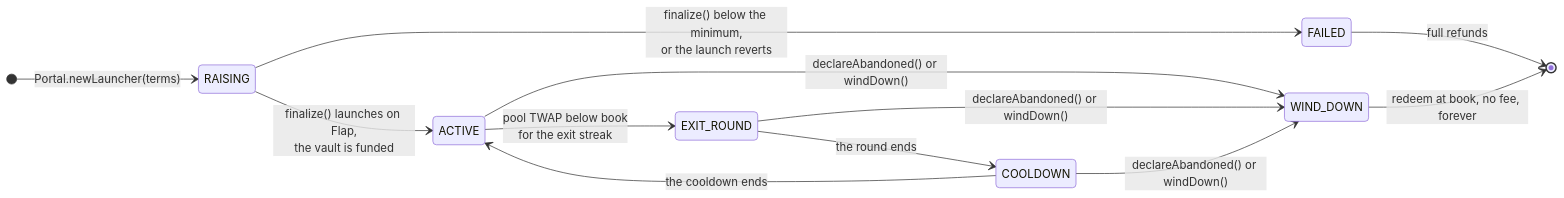
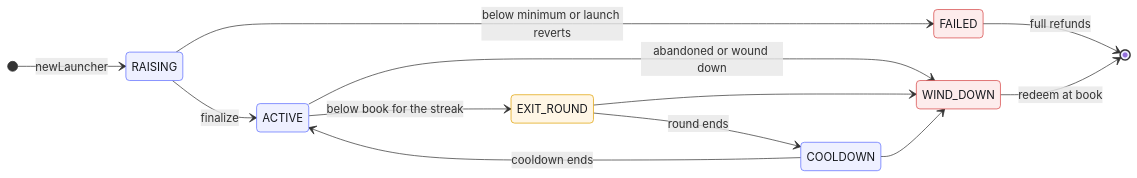
The first of 4 diagrams in README.md (Adityaakr/Covenent), drawn with Mermaid before and after one commit. The commit also changed other lines of this file and 15 other files, not shown here.

````diff
--- a/README.md
+++ b/README.md
@@ -56,15 +116,22 @@
 ```mermaid
 stateDiagram-v2
     direction LR
-    [*] --> RAISING: Portal.newLauncher(terms)
-    RAISING --> FAILED: finalize() below the minimum,<br/>or the launch reverts
-    RAISING --> ACTIVE: finalize() launches on Flap,<br/>the vault is funded
-    ACTIVE --> EXIT_ROUND: pool TWAP below book<br/>for the exit streak
-    EXIT_ROUND --> COOLDOWN: the round ends
-    COOLDOWN --> ACTIVE: the cooldown ends
-    ACTIVE --> WIND_DOWN: declareAbandoned() or windDown()
-    EXIT_ROUND --> WIND_DOWN: declareAbandoned() or windDown()
-    COOLDOWN --> WIND_DOWN: declareAbandoned() or windDown()
+    [*] --> RAISING: newLauncher
+    RAISING --> FAILED: below minimum or launch reverts
+    RAISING --> ACTIVE: finalize
+    ACTIVE --> EXIT_ROUND: below book for the streak
+    EXIT_ROUND --> COOLDOWN: round ends
+    COOLDOWN --> ACTIVE: cooldown ends
+    ACTIVE --> WIND_DOWN: abandoned or wound down
+    EXIT_ROUND --> WIND_DOWN
+    COOLDOWN --> WIND_DOWN
     FAILED --> [*]: full refunds
-    WIND_DOWN --> [*]: redeem at book, no fee, forever
+    WIND_DOWN --> [*]: redeem at book
+
+    classDef live fill:#EEF0FF,stroke:#5B6CFF,color:#15171C
+    classDef exit fill:#FFF6E5,stroke:#E0A100,color:#15171C
+    classDef done fill:#FDECEC,stroke:#D64545,color:#15171C
+    class RAISING,ACTIVE,COOLDOWN live
+    class EXIT_ROUND exit
+    class FAILED,WIND_DOWN done
 ```
````
